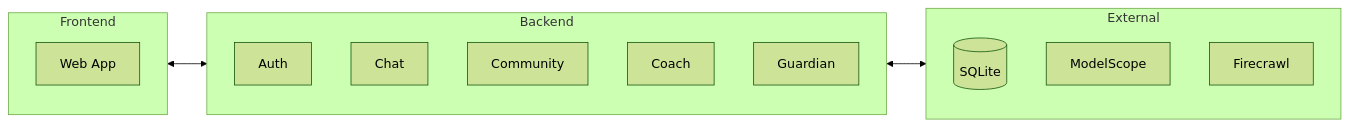
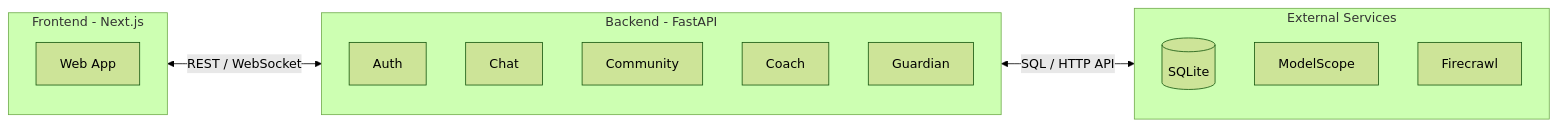
The second of 2 diagrams in docs/architecture.md (koishi510/MomShell), drawn with Mermaid (forest theme) before and after one commit.

````diff
--- a/docs/architecture.md
+++ b/docs/architecture.md
@@ -149,23 +149,23 @@
 ```mermaid
 flowchart LR
-    subgraph Frontend
+    subgraph Frontend[Frontend - Next.js]
         UI[Web App]
     end
 
-    subgraph Backend
+    subgraph Backend[Backend - FastAPI]
         Auth
         Chat
         Community
         Coach
         Guardian
     end
 
-    subgraph External
+    subgraph External[External Services]
         DB[(SQLite)]
         LLM[ModelScope]
         Search[Firecrawl]
     end
 
-    Frontend <--> Backend
-    Backend <--> External
+    Frontend <-->|REST / WebSocket| Backend
+    Backend <-->|SQL / HTTP API| External
 ```
````
